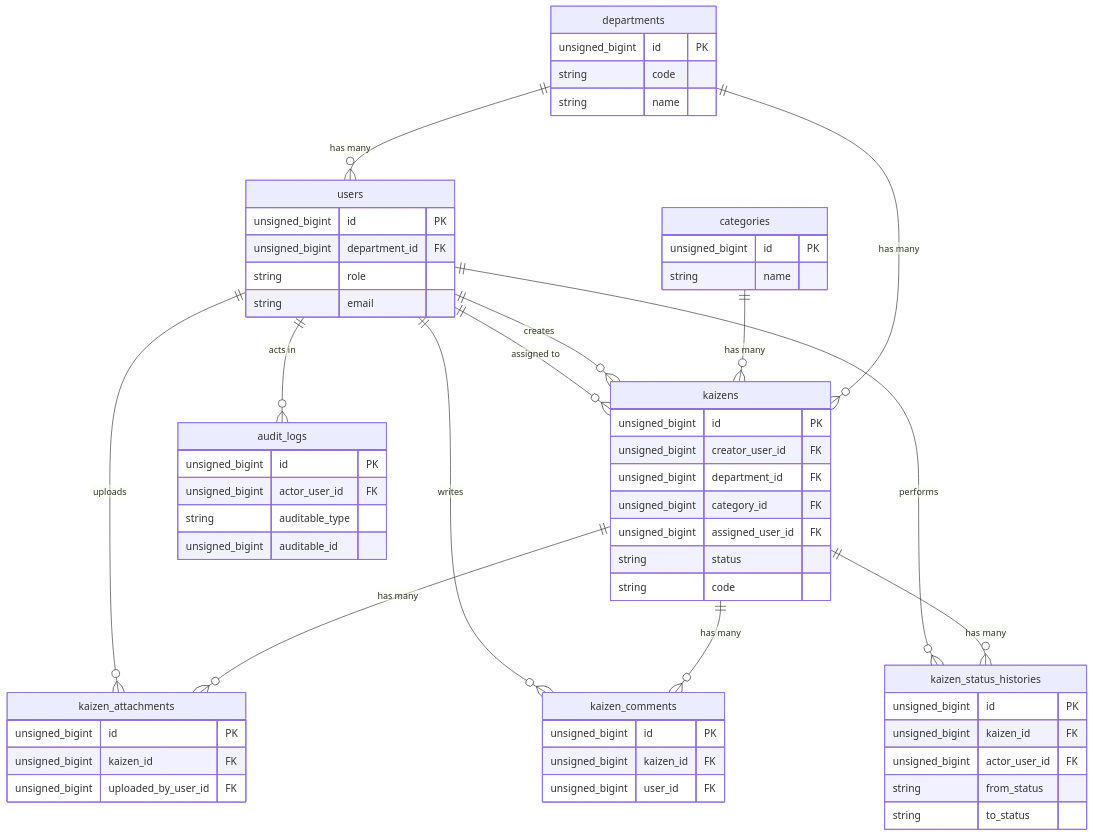
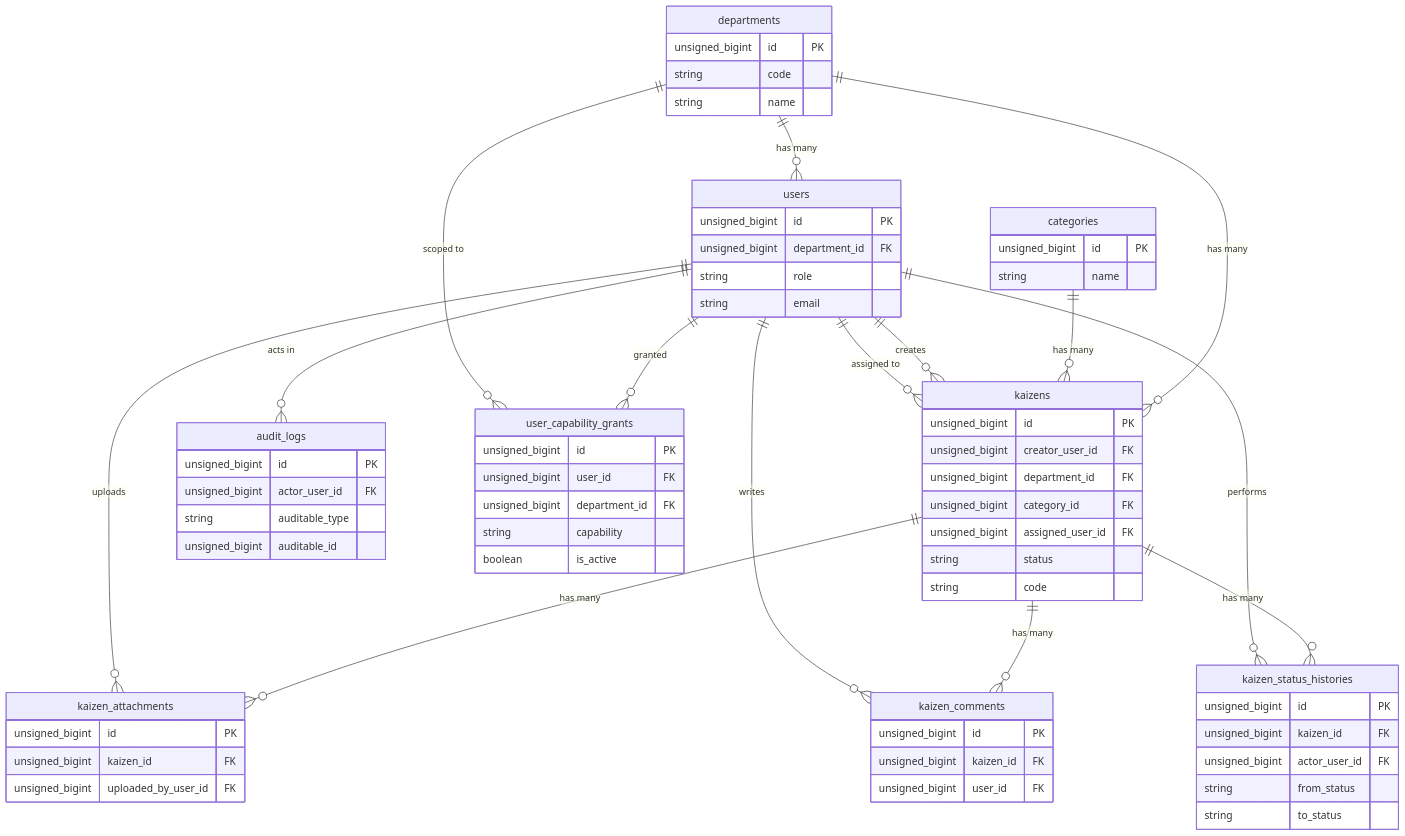
Before and after one commit to mustafaemre027/kaizenflow: the diagram in docs/architecture/database-design.md, drawn with Mermaid. The commit also changed other lines of this file and 1 other file, not shown here.

Commit message:
docs(plan): document execution capability and audit model

````diff
--- a/docs/architecture/database-design.md
+++ b/docs/architecture/database-design.md
@@ -52,63 +53,72 @@
 ```mermaid
 erDiagram
     departments ||--o{ users : "has many"
     departments ||--o{ kaizens : "has many"
     categories ||--o{ kaizens : "has many"
     users ||--o{ kaizens : "creates"
     users ||--o{ kaizens : "assigned to"
     kaizens ||--o{ kaizen_attachments : "has many"
     users ||--o{ kaizen_attachments : "uploads"
     kaizens ||--o{ kaizen_comments : "has many"
     users ||--o{ kaizen_comments : "writes"
     kaizens ||--o{ kaizen_status_histories : "has many"
     users ||--o{ kaizen_status_histories : "performs"
     users ||--o{ audit_logs : "acts in"
+    users ||--o{ user_capability_grants : "granted"
+    departments ||--o{ user_capability_grants : "scoped to"
 
     departments {
         unsigned_bigint id PK
         string code
         string name
     }
     users {
         unsigned_bigint id PK
         unsigned_bigint department_id FK
         string role
         string email
     }
     categories {
         unsigned_bigint id PK
         string name
     }
     kaizens {
         unsigned_bigint id PK
         unsigned_bigint creator_user_id FK
         unsigned_bigint department_id FK
         unsigned_bigint category_id FK
         unsigned_bigint assigned_user_id FK
         string status
         string code
     }
     kaizen_attachments {
         unsigned_bigint id PK
         unsigned_bigint kaizen_id FK
         unsigned_bigint uploaded_by_user_id FK
     }
     kaizen_comments {
         unsigned_bigint id PK
         unsigned_bigint kaizen_id FK
         unsigned_bigint user_id FK
     }
     kaizen_status_histories {
         unsigned_bigint id PK
         unsigned_bigint kaizen_id FK
         unsigned_bigint actor_user_id FK
         string from_status
         string to_status
     }
     audit_logs {
         unsigned_bigint id PK
         unsigned_bigint actor_user_id FK
         string auditable_type
         unsigned_bigint auditable_id
     }
+    user_capability_grants {
+        unsigned_bigint id PK
+        unsigned_bigint user_id FK
+        unsigned_bigint department_id FK
+        string capability
+        boolean is_active
+    }
 ```
````
